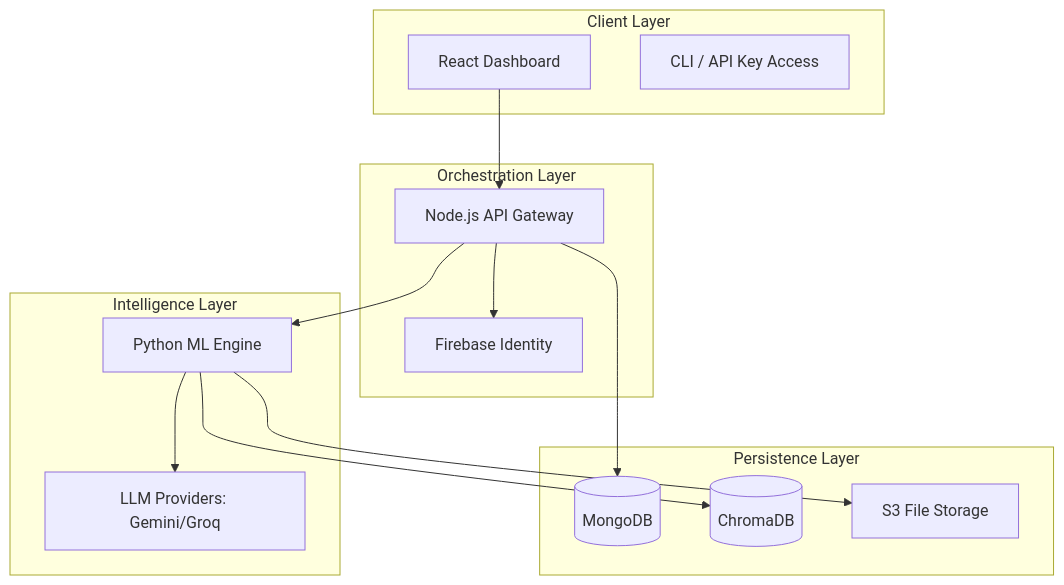
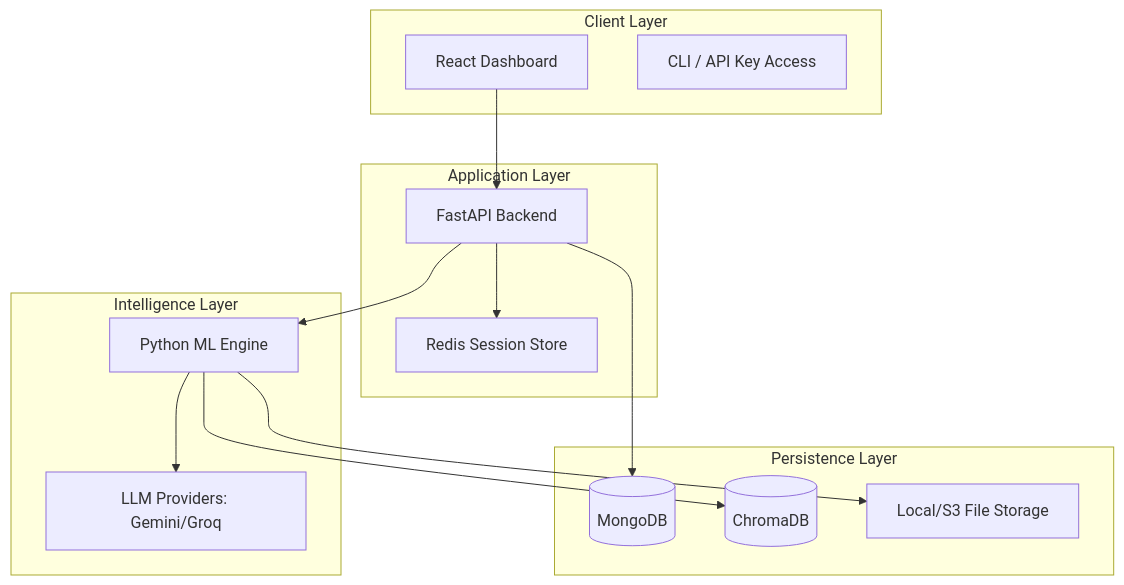
The first of 2 diagrams in README.md (OrionGD/Academic-Research-Assistant), drawn with Mermaid before and after one commit. The commit also changed other lines of this file and 442 other files, not shown here.

````diff
--- a/README.md
+++ b/README.md
@@ -159,31 +159,31 @@
 ```mermaid
 graph TB
     subgraph "Client Layer"
         UI[React Dashboard]
         API_Key[CLI / API Key Access]
     end
     
-    subgraph "Orchestration Layer"
-        GW[Node.js API Gateway]
-        Auth[Firebase Identity]
+    subgraph "Application Layer"
+        GW[FastAPI Backend]
+        Session[Redis Session Store]
     end
     
     subgraph "Intelligence Layer"
         ML[Python ML Engine]
         LLM[LLM Providers: Gemini/Groq]
     end
     
     subgraph "Persistence Layer"
         DB[(MongoDB)]
         VDB[(ChromaDB)]
-        Bucket[S3 File Storage]
+        Bucket[Local/S3 File Storage]
     end
     
     UI --> GW
-    GW --> Auth
+    GW --> Session
     GW --> ML
     GW --> DB
     ML --> VDB
     ML --> LLM
     ML --> Bucket
 ```
````
